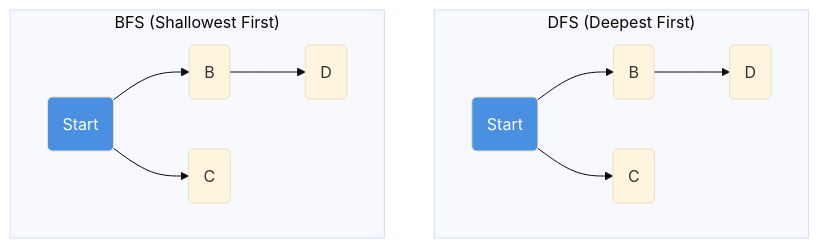
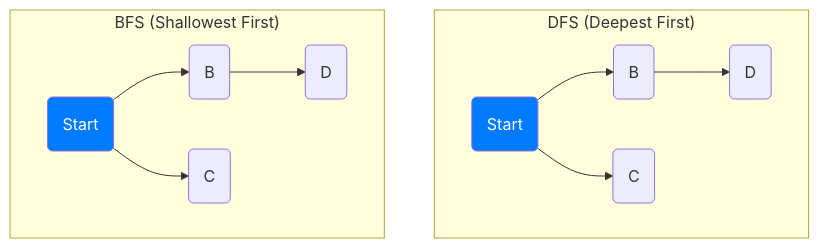
The first of 4 diagrams in _posts/2025-08-08-ai-search-algorithms-a-z.md (eltay89/eltay89.github.io), drawn with Mermaid before and after one commit. The commit also changed other lines of this file, not shown here.

````diff
--- a/_posts/2025-08-08-ai-search-algorithms-a-z.md
+++ b/_posts/2025-08-08-ai-search-algorithms-a-z.md
@@ -84,16 +84,15 @@
 ```mermaid
-%%{ init: { 'theme': 'base' } }%%
 graph TD
     subgraph "DFS (Deepest First)"
         A1("Start") --> B2("B") --> D3("D");
         A1 --> C4("C");
     end
     subgraph "BFS (Shallowest First)"
         A1b("Start") --> B2b("B");
         A1b --> C3b("C");
         B2b --> D4b("D");
     end
 
-    style A1 fill:#4a90e2,color:#fff
-    style A1b fill:#4a90e2,color:#fff
+    style A1 fill:#007bff,color:#fff
+    style A1b fill:#007bff,color:#fff
 ```
````
